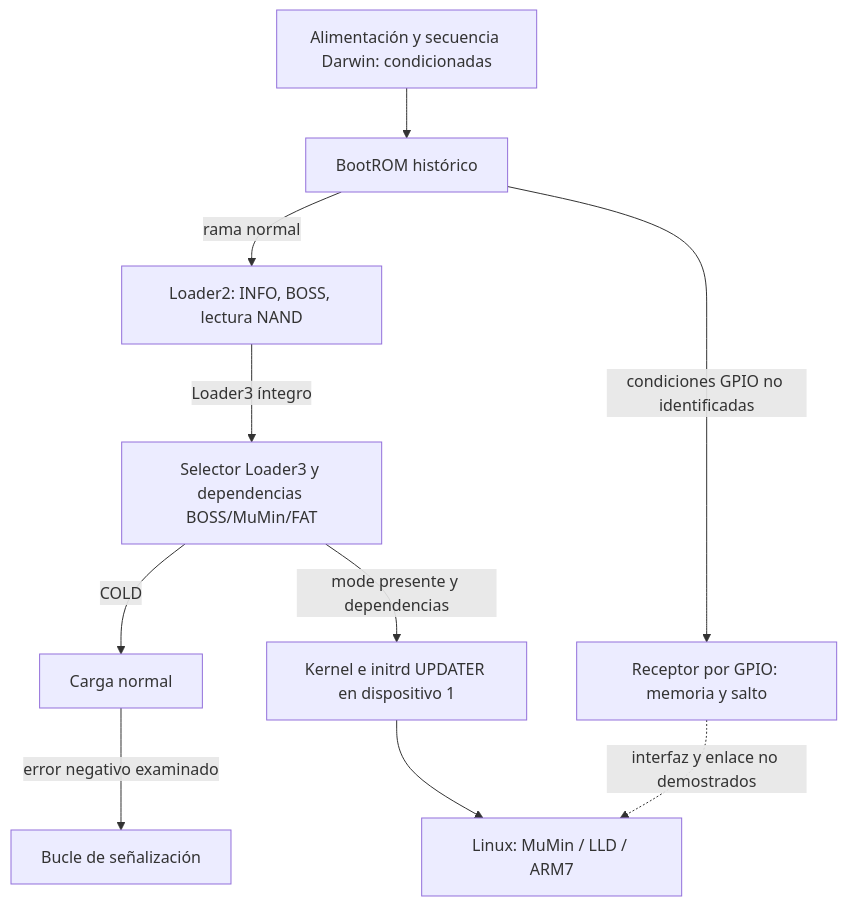
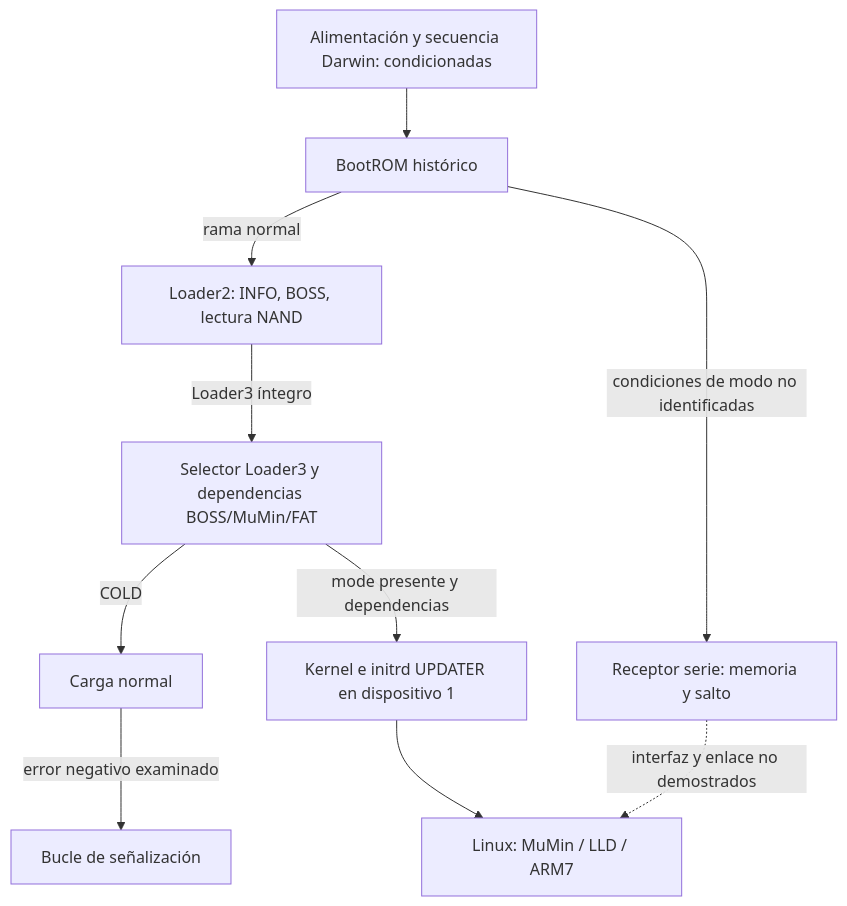
Before and after one commit to nicolvus/a6000-fw-decomp: the diagram in docs/capture/e26-r7b-recuperacion-prelinux.md, drawn with Mermaid. The commit also changed other lines of this file and 15 other files, not shown here.

````diff
--- a/docs/capture/e26-r7b-recuperacion-prelinux.md
+++ b/docs/capture/e26-r7b-recuperacion-prelinux.md
@@ -64,12 +70,12 @@
 ```mermaid
 flowchart TD
  P[Alimentación y secuencia Darwin: condicionadas] --> R[BootROM histórico]
  R -->|rama normal| L2[Loader2: INFO, BOSS, lectura NAND]
- R -->|condiciones GPIO no identificadas| RX[Receptor por GPIO: memoria y salto]
+ R -->|condiciones de modo no identificadas| RX[Receptor serie: memoria y salto]
  L2 -->|Loader3 íntegro| L3[Selector Loader3 y dependencias BOSS/MuMin/FAT]
  L3 -->|COLD| C[Carga normal]
  C -->|error negativo examinado| H[Bucle de señalización]
  L3 -->|mode presente y dependencias| U[Kernel e initrd UPDATER en dispositivo 1]
  U --> W[Linux: MuMin / LLD / ARM7]
  RX -. interfaz y enlace no demostrados .-> W
 ```
````
